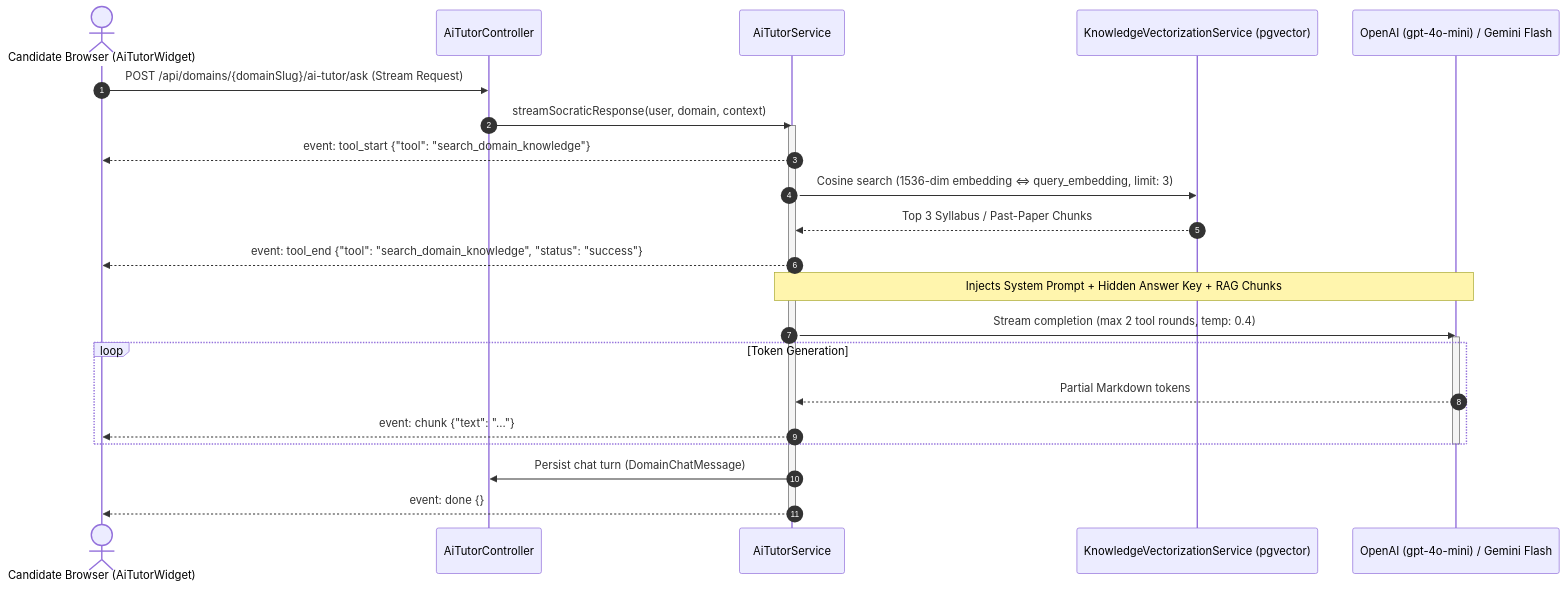
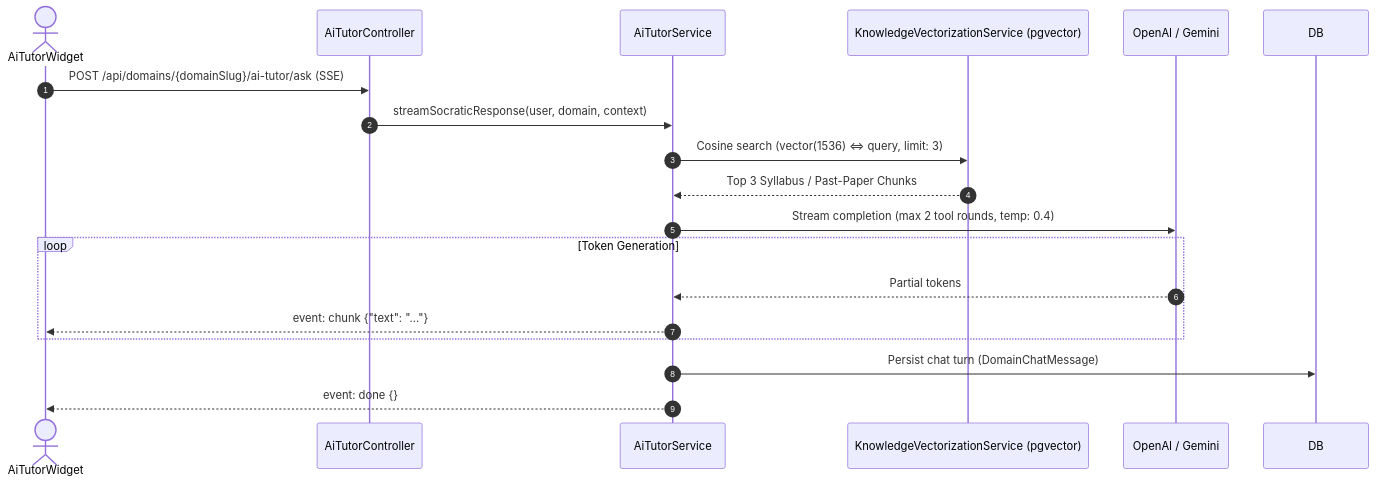
Before and after one commit to MuhammadDevPk/Pak-All-Tests: the second of 4 diagrams in .agent/ARCHITECTURE.md, drawn with Mermaid. The commit also changed other lines of this file and 2 other files, not shown here.

````diff
--- a/.agent/ARCHITECTURE.md
+++ b/.agent/ARCHITECTURE.md
@@ -254,28 +156,21 @@
 ```mermaid
 sequenceDiagram
     autonumber
-    actor Candidate as Candidate Browser (AiTutorWidget)
-    participant SSE as AiTutorController
+    actor Candidate as AiTutorWidget
+    participant Ctrl as AiTutorController
     participant Svc as AiTutorService
     participant Vec as KnowledgeVectorizationService (pgvector)
-    participant LLM as OpenAI (gpt-4o-mini) / Gemini Flash
+    participant LLM as OpenAI / Gemini
 
-    Candidate->>SSE: POST /api/domains/{domainSlug}/ai-tutor/ask (Stream Request)
-    SSE->>Svc: streamSocraticResponse(user, domain, context)
-    activate Svc
-    Svc-->>Candidate: event: tool_start {"tool": "search_domain_knowledge"}
-    Svc->>Vec: Cosine search (1536-dim embedding <=> query_embedding, limit: 3)
+    Candidate->>Ctrl: POST /api/domains/{domainSlug}/ai-tutor/ask (SSE)
+    Ctrl->>Svc: streamSocraticResponse(user, domain, context)
+    Svc->>Vec: Cosine search (vector(1536) <=> query, limit: 3)
     Vec-->>Svc: Top 3 Syllabus / Past-Paper Chunks
-    Svc-->>Candidate: event: tool_end {"tool": "search_domain_knowledge", "status": "success"}
-    Note over Svc,LLM: Injects System Prompt + Hidden Answer Key + RAG Chunks
     Svc->>LLM: Stream completion (max 2 tool rounds, temp: 0.4)
-    activate LLM
     loop Token Generation
-        LLM-->>Svc: Partial Markdown tokens
+        LLM-->>Svc: Partial tokens
         Svc-->>Candidate: event: chunk {"text": "..."}
     end
-    deactivate LLM
-    Svc->>SSE: Persist chat turn (DomainChatMessage)
+    Svc->>DB: Persist chat turn (DomainChatMessage)
     Svc-->>Candidate: event: done {}
-    deactivate Svc
 ```
````
